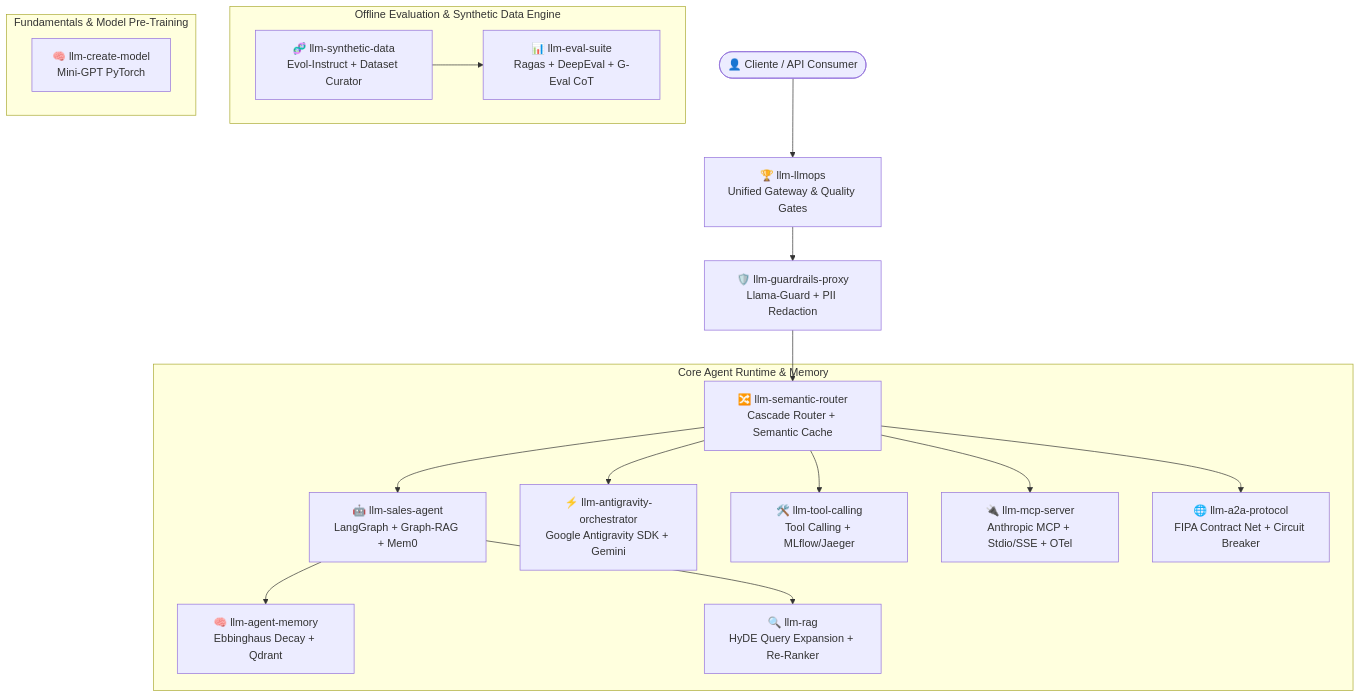
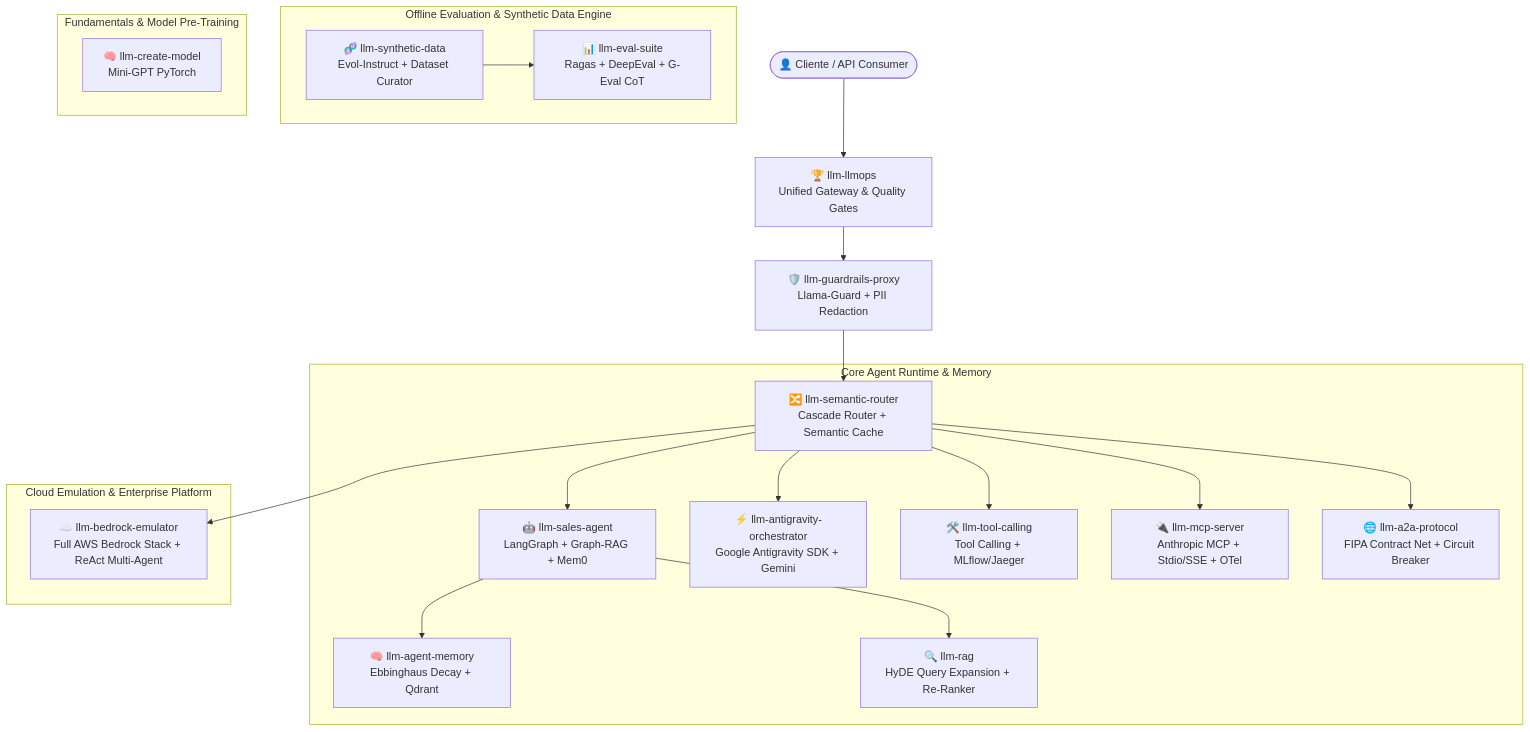
The first of 2 diagrams in README.md (cayoesn/cayoesn), drawn with Mermaid before and after one commit. The commit also changed other lines of this file, not shown here.

First line of the commit message:
docs(portfolio): add llm-bedrock-emulator to projects and architecture

````diff
--- a/README.md
+++ b/README.md
@@ -24,25 +24,29 @@
 ```mermaid
 graph TD
     Client([👤 Cliente / API Consumer]) --> LLMOpsGateway[🏆 llm-llmops<br/>Unified Gateway & Quality Gates]
     LLMOpsGateway --> Guardrails[🛡️ llm-guardrails-proxy<br/>Llama-Guard + PII Redaction]
     Guardrails --> Router[🔀 llm-semantic-router<br/>Cascade Router + Semantic Cache]
     
     subgraph "Core Agent Runtime & Memory"
         Router --> SalesAgent[🤖 llm-sales-agent<br/>LangGraph + Graph-RAG + Mem0]
         Router --> Orchestrator[⚡ llm-antigravity-orchestrator<br/>Google Antigravity SDK + Gemini]
         Router --> ToolCalling[🛠️ llm-tool-calling<br/>Tool Calling + MLflow/Jaeger]
         Router --> MCPServer[🔌 llm-mcp-server<br/>Anthropic MCP + Stdio/SSE + OTel]
         Router --> A2A[🌐 llm-a2a-protocol<br/>FIPA Contract Net + Circuit Breaker]
         
         SalesAgent --> Memory[🧠 llm-agent-memory<br/>Ebbinghaus Decay + Qdrant]
         SalesAgent --> RAG[🔍 llm-rag<br/>HyDE Query Expansion + Re-Ranker]
     end
 
+    subgraph "Cloud Emulation & Enterprise Platform"
+        Router --> BedrockEmulator[☁️ llm-bedrock-emulator<br/>Full AWS Bedrock Stack + ReAct Multi-Agent]
+    end
+
     subgraph "Offline Evaluation & Synthetic Data Engine"
         Synthetic[🧬 llm-synthetic-data<br/>Evol-Instruct + Dataset Curator] --> Eval[📊 llm-eval-suite<br/>Ragas + DeepEval + G-Eval CoT]
     end
 
     subgraph "Fundamentals & Model Pre-Training"
         CreateModel[🧠 llm-create-model<br/>Mini-GPT PyTorch]
     end
 ```
````
